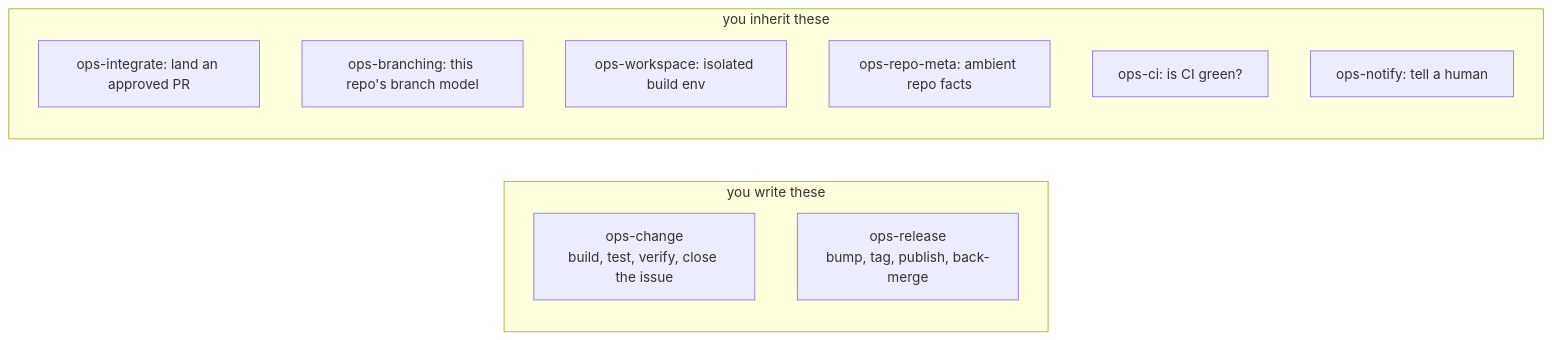
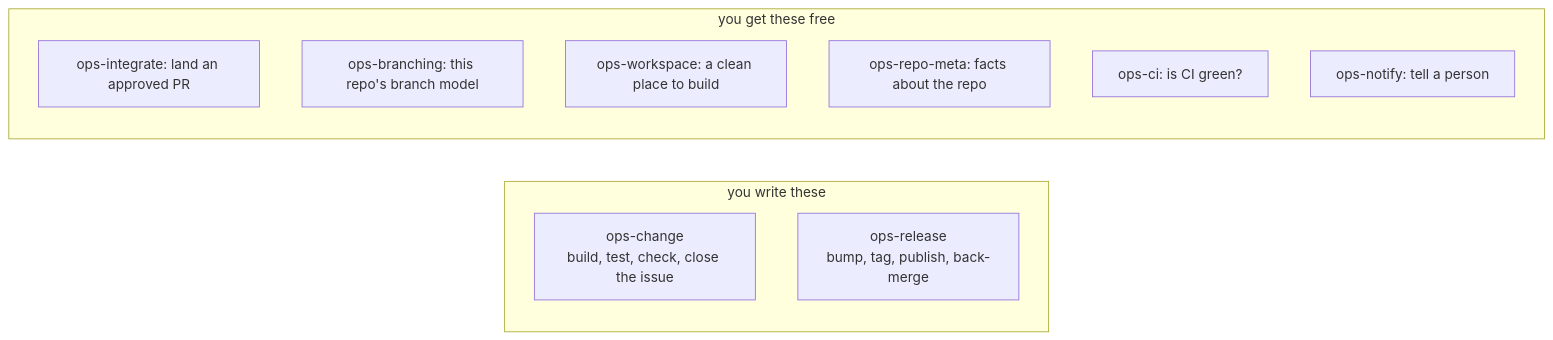
One commit to umbraco/umbraco-ai-ops changed the second of 3 diagrams in README.md. Above: the diagram before and after it, drawn with Mermaid. The commit also changed other lines of this file and 75 other files, not shown here.

````diff
--- a/README.md
+++ b/README.md
@@ -223,17 +206,17 @@
 ```mermaid
 flowchart LR
   subgraph yours["you write these"]
     direction TB
-    G["ops-change<br/>build, test, verify, close the issue"]
+    G["ops-change<br/>build, test, check, close the issue"]
     H["ops-release<br/>bump, tag, publish, back-merge"]
   end
-  subgraph engine["you inherit these"]
+  subgraph engine["you get these free"]
     direction TB
     F["ops-integrate: land an approved PR"]
     A["ops-branching: this repo's branch model"]
-    B["ops-workspace: isolated build env"]
-    C["ops-repo-meta: ambient repo facts"]
+    B["ops-workspace: a clean place to build"]
+    C["ops-repo-meta: facts about the repo"]
     D["ops-ci: is CI green?"]
-    E["ops-notify: tell a human"]
+    E["ops-notify: tell a person"]
   end
 ```
````
